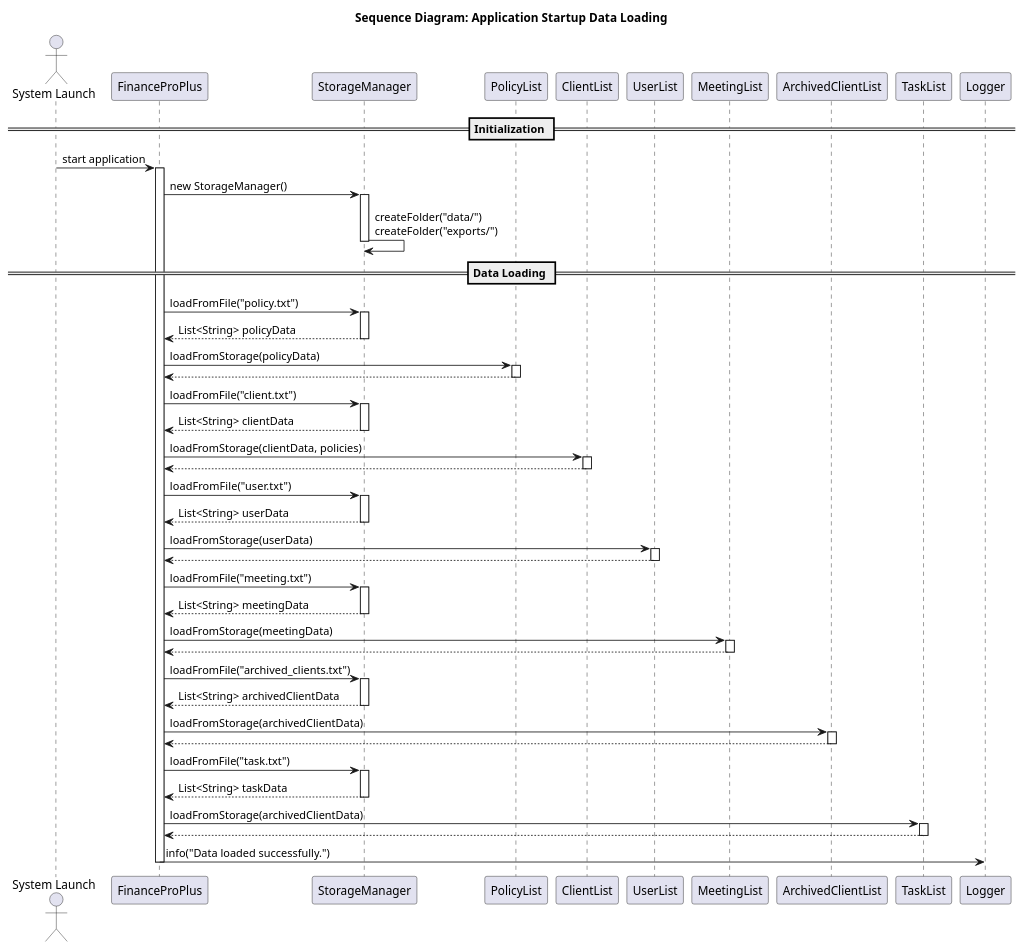
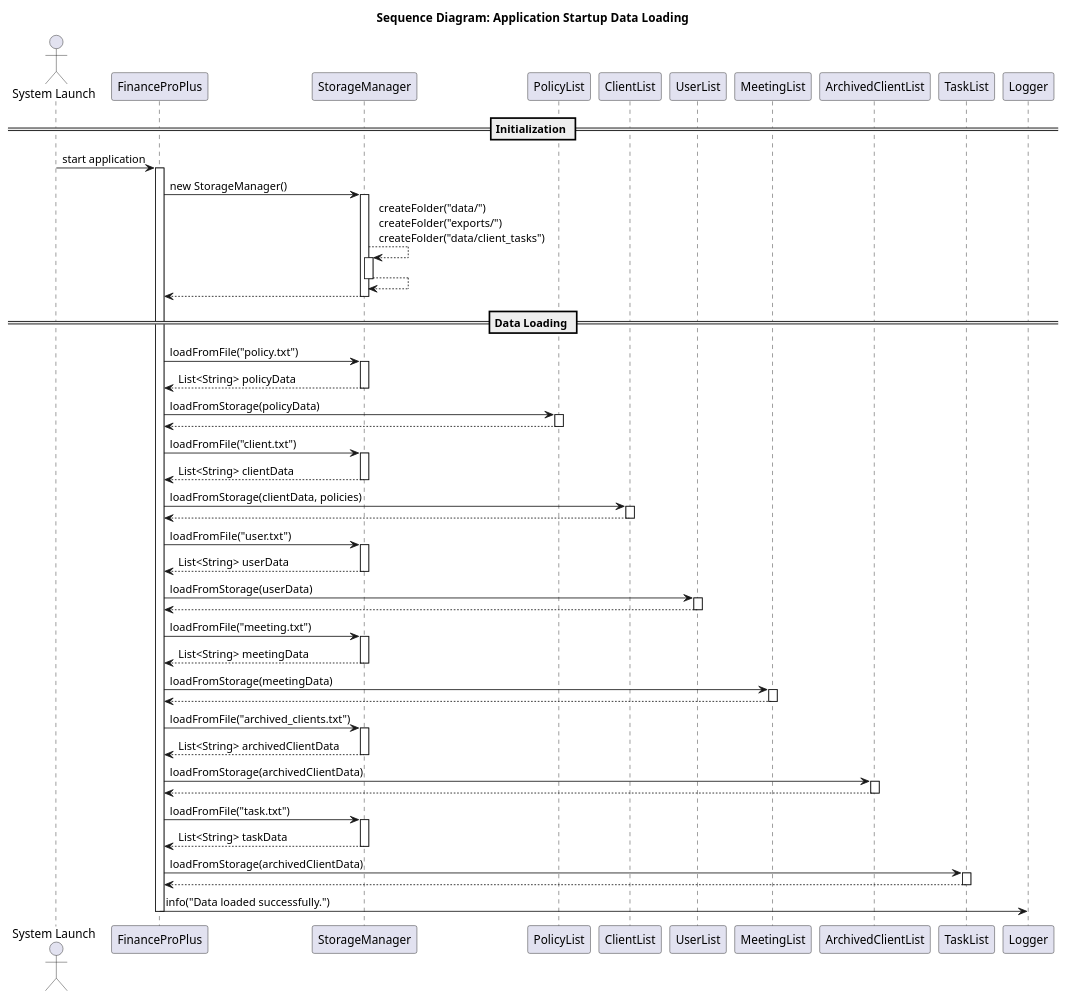
The diagram in docs/umldiagrams/Storage_Loading.puml (ZT712002/tp), drawn with PlantUML before and after one commit. The commit also changed other lines of this file and 4 other files, not shown here.

```diff
--- a/docs/umldiagrams/Storage_Loading.puml
+++ b/docs/umldiagrams/Storage_Loading.puml
@@ -4,85 +2,89 @@
 @startuml
 title Sequence Diagram: Application Startup Data Loading
 
 actor User as "System Launch"
 participant FinanceProPlus
 participant StorageManager
 participant PolicyList
 participant ClientList
 participant UserList
 participant MeetingList
 participant ArchivedClientList
 participant TaskList
 participant Logger
 
 
 == Initialization ==
 
 User -> FinanceProPlus: start application
 activate FinanceProPlus
 
 FinanceProPlus -> StorageManager: new StorageManager()
 activate StorageManager
-StorageManager -> StorageManager: createFolder("data/")\ncreateFolder("exports/")
+StorageManager --> StorageManager: createFolder("data/")\ncreateFolder("exports/")\ncreateFolder("data/client_tasks")
+activate StorageManager
+StorageManager --> StorageManager
+deactivate StorageManager
+StorageManager --> FinanceProPlus
 deactivate StorageManager
 
 == Data Loading ==
 
 FinanceProPlus -> StorageManager: loadFromFile("policy.txt")
 activate StorageManager
 StorageManager --> FinanceProPlus: List<String> policyData
 deactivate StorageManager
 FinanceProPlus -> PolicyList: loadFromStorage(policyData)
 activate PolicyList
 PolicyList --> FinanceProPlus:
 deactivate PolicyList
 
 FinanceProPlus -> StorageManager: loadFromFile("client.txt")
 activate StorageManager
 StorageManager --> FinanceProPlus: List<String> clientData
 deactivate StorageManager
 FinanceProPlus -> ClientList: loadFromStorage(clientData, policies)
 activate ClientList
 ClientList --> FinanceProPlus:
 deactivate ClientList
 
 FinanceProPlus -> StorageManager: loadFromFile("user.txt")
 activate StorageManager
 StorageManager --> FinanceProPlus: List<String> userData
 deactivate StorageManager
 FinanceProPlus -> UserList: loadFromStorage(userData)
 activate UserList
 UserList --> FinanceProPlus:
 deactivate UserList
 
 FinanceProPlus -> StorageManager: loadFromFile("meeting.txt")
 activate StorageManager
 StorageManager --> FinanceProPlus: List<String> meetingData
 deactivate StorageManager
 FinanceProPlus -> MeetingList: loadFromStorage(meetingData)
 activate MeetingList
 MeetingList --> FinanceProPlus:
 deactivate MeetingList
 
 FinanceProPlus -> StorageManager: loadFromFile("archived_clients.txt")
 activate StorageManager
 StorageManager --> FinanceProPlus: List<String> archivedClientData
 deactivate StorageManager
 FinanceProPlus -> ArchivedClientList: loadFromStorage(archivedClientData)
 activate ArchivedClientList
 ArchivedClientList --> FinanceProPlus:
 deactivate ArchivedClientList
 
 FinanceProPlus -> StorageManager: loadFromFile("task.txt")
 activate StorageManager
 StorageManager --> FinanceProPlus: List<String> taskData
 deactivate StorageManager
 FinanceProPlus ->TaskList: loadFromStorage(archivedClientData)
 activate TaskList
 TaskList --> FinanceProPlus:
 deactivate TaskList
 
 FinanceProPlus -> Logger: info("Data loaded successfully.")
 deactivate FinanceProPlus
 
 @enduml
```
